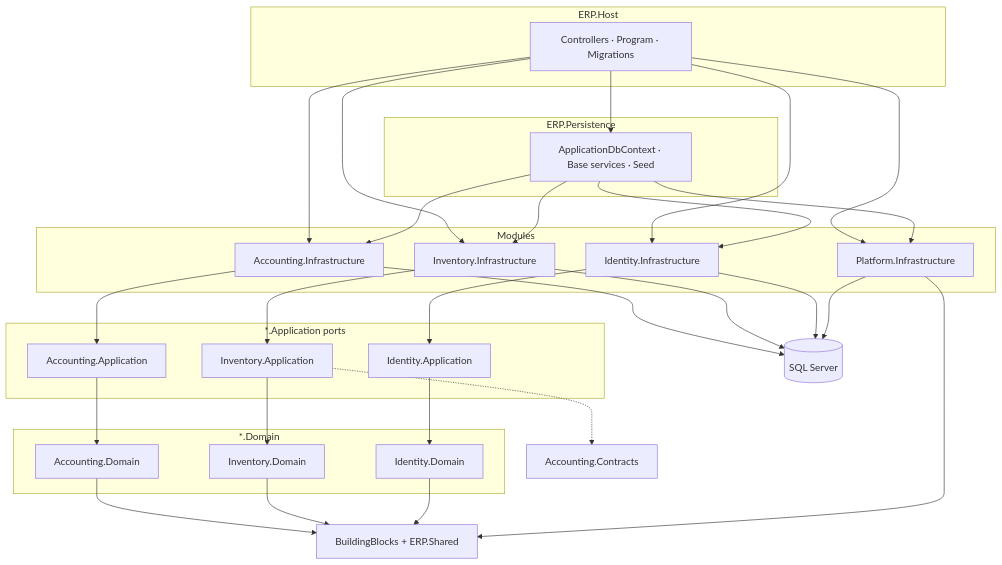
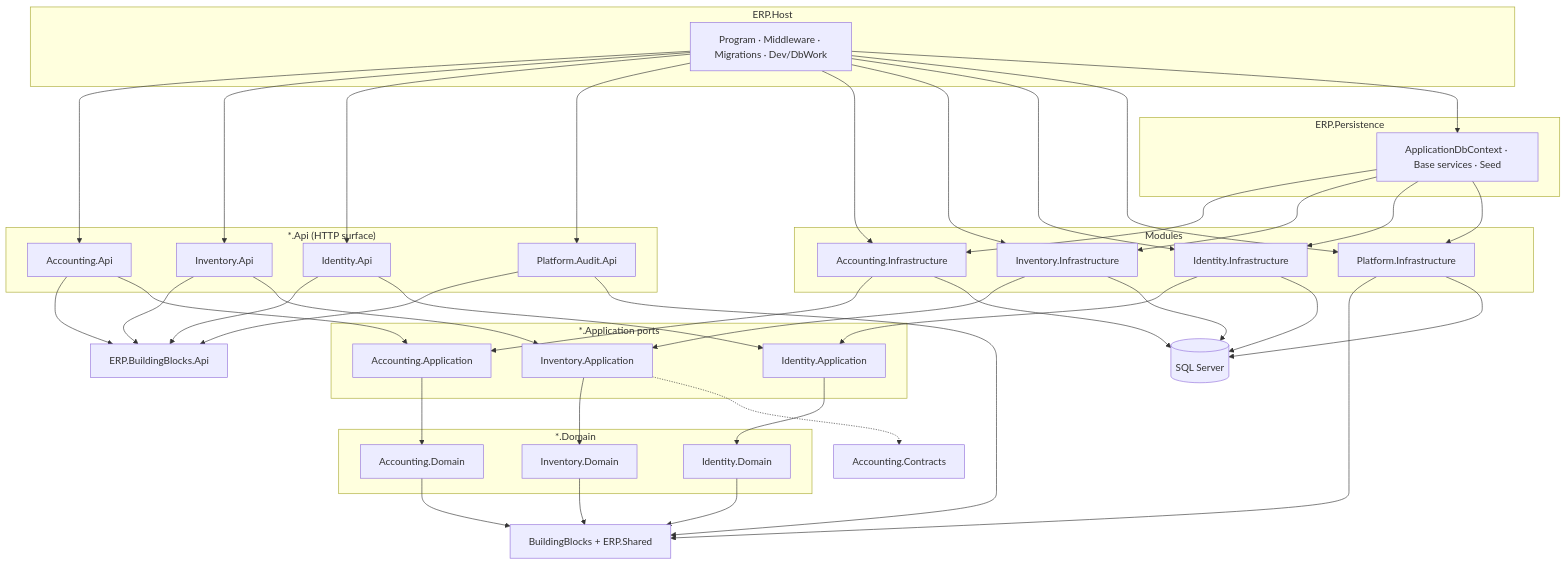
One commit to AhmedYounis20/AAA.ERP changed the first of 2 diagrams in docs/architecture/SOLUTION_DIAGRAM.md. Above: the diagram before and after it, drawn with Mermaid. The commit also changed other lines of this file and 6 other files, not shown here.

First line of the commit message:
Complete Phase 6 API migration docs: sync architecture references.

````diff
--- a/docs/architecture/SOLUTION_DIAGRAM.md
+++ b/docs/architecture/SOLUTION_DIAGRAM.md
@@ -34,43 +35,56 @@
 ```mermaid
 graph TB
     subgraph Host["ERP.Host"]
-        H[Controllers · Program · Migrations]
+        H[Program · Middleware · Migrations · Dev/DbWork]
+    end
+
+    subgraph Api["*.Api (HTTP surface)"]
+        ACCAPI[Accounting.Api]
+        INVAPI[Inventory.Api]
+        IDNAPI[Identity.Api]
+        PLTAPI[Platform.Audit.Api]
     end
 
     subgraph Persistence["ERP.Persistence"]
         P[ApplicationDbContext · Base services · Seed]
     end
 
     subgraph Modules
         ACC[Accounting.Infrastructure]
         INV[Inventory.Infrastructure]
         IDN[Identity.Infrastructure]
         PLT[Platform.Infrastructure]
     end
 
     subgraph Application["*.Application ports"]
         ACCA[Accounting.Application]
         INVA[Inventory.Application]
         IDNA[Identity.Application]
     end
 
     subgraph Domain["*.Domain"]
         ACCD[Accounting.Domain]
         INVD[Inventory.Domain]
         IDND[Identity.Domain]
     end
 
+    BBAPI[ERP.BuildingBlocks.Api]
     Contracts[Accounting.Contracts]
     BB[BuildingBlocks + ERP.Shared]
 
     DB[(SQL Server)]
 
-    H --> ACC & INV & IDN & PLT & P
-    P --> ACC & INV & IDN & PLT
+    H --> ACCAPI & INVAPI & IDNAPI & PLTAPI & ACC & INV & IDN & PLT & P
+    ACCAPI & INVAPI & IDNAPI & PLTAPI --> BBAPI
+    ACCAPI --> ACCA
+    INVAPI --> INVA
+    IDNAPI --> IDNA
+    PLTAPI --> BB
     ACC --> ACCA --> ACCD --> BB
     INV --> INVA --> INVD --> BB
     INVA -.-> Contracts
     IDN --> IDNA --> IDND --> BB
     PLT --> BB
+    P --> ACC & INV & IDN & PLT
     ACC & INV & IDN & PLT --> DB
 ```
````
